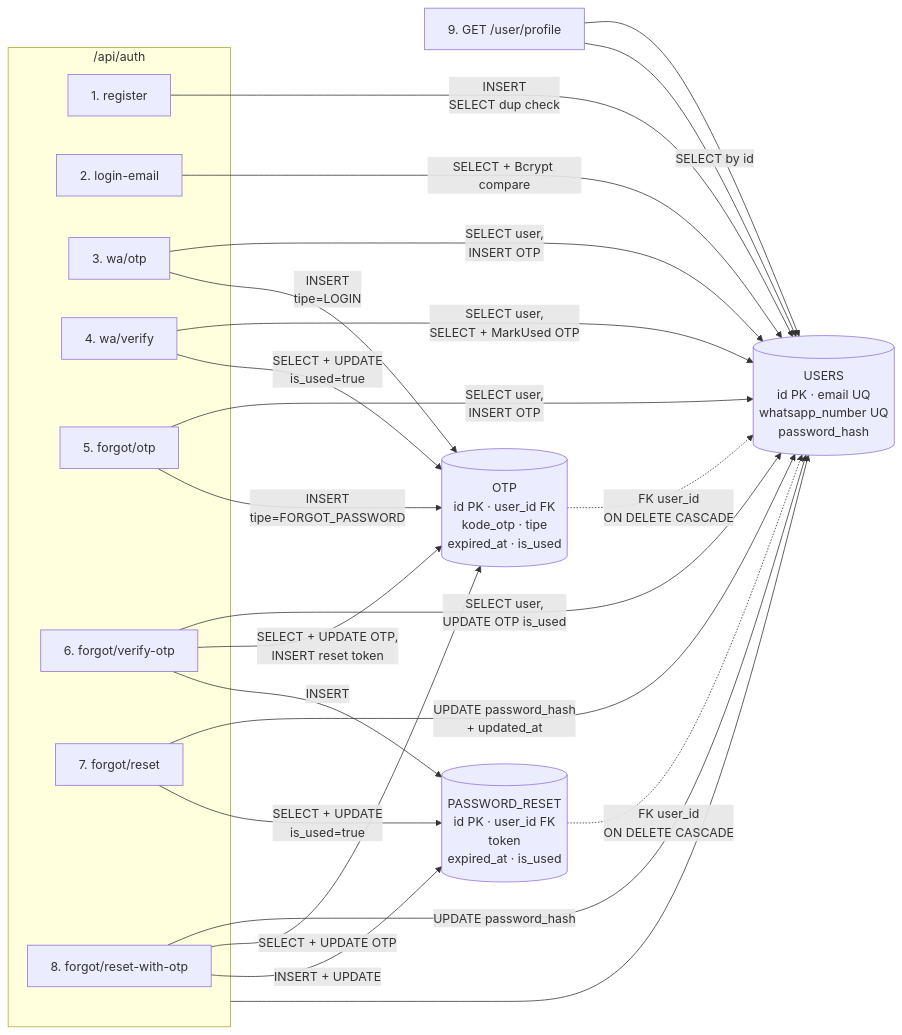
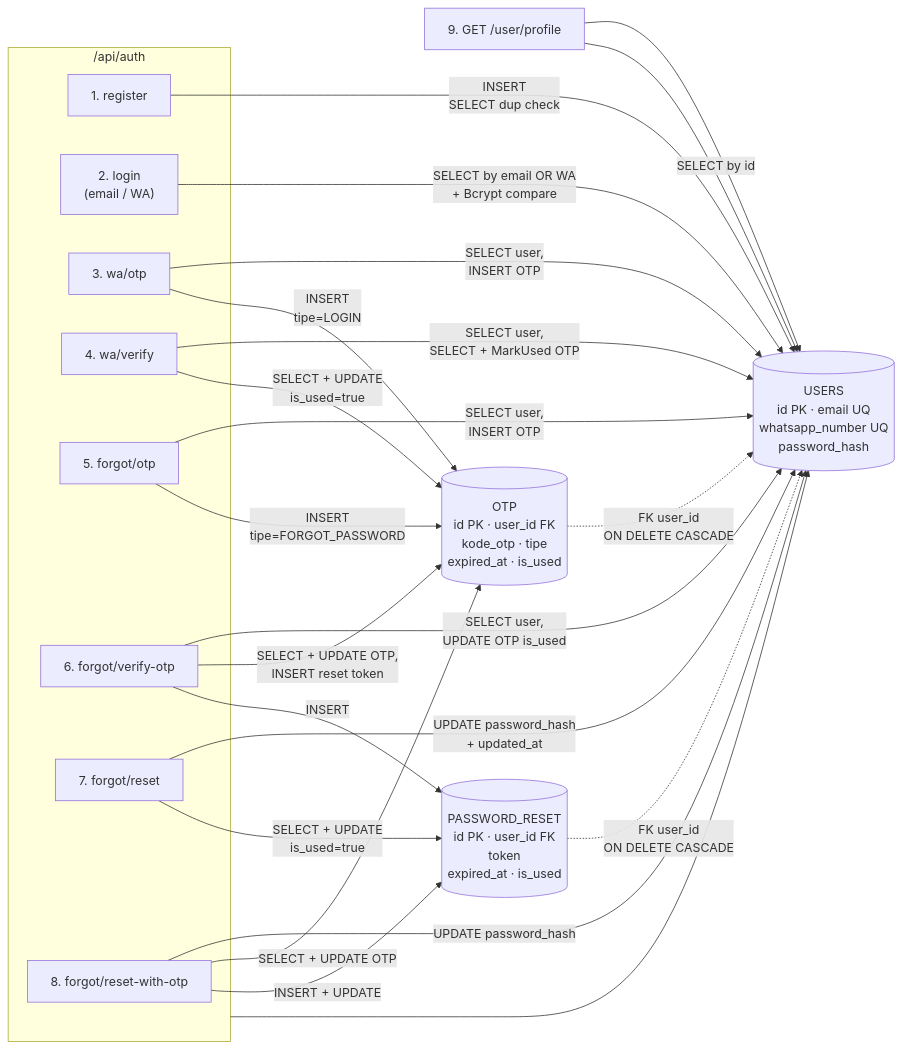
Diagram 11 of 11 in README.md (sandro-rahadian/STRATEGART-TUGAS-UKL-1), drawn with Mermaid before and after one commit. The commit also changed other lines of this file and 7 other files, not shown here.

First line of the commit message:
feat(auth): merge email and WhatsApp login into a single endpoint

````diff
--- a/README.md
+++ b/README.md
@@ -417,43 +417,43 @@
 ```mermaid
 %%{init: {"theme":"default"}}%%
 flowchart LR
     subgraph AUTH["/api/auth"]
         A1["1. register"]
-        A2["2. login-email"]
+        A2["2. login<br/>(email / WA)"]
         A3["3. wa/otp"]
         A4["4. wa/verify"]
         A5["5. forgot/otp"]
         A6["6. forgot/verify-otp"]
         A7["7. forgot/reset"]
         A8["8. forgot/reset-with-otp"]
     end
     A9["9. GET /user/profile"]
 
     AUTH --> U
     A9 --> U
 
     U[("USERS<br/>id PK · email UQ<br/>whatsapp_number UQ<br/>password_hash")]
     O[("OTP<br/>id PK · user_id FK<br/>kode_otp · tipe<br/>expired_at · is_used")]
     P[("PASSWORD_RESET<br/>id PK · user_id FK<br/>token<br/>expired_at · is_used")]
 
     A1 -->|"INSERT<br/>SELECT dup check"| U
-    A2 -->|"SELECT + Bcrypt compare"| U
+    A2 -->|"SELECT by email OR WA<br/>+ Bcrypt compare"| U
     A3 -->|"SELECT user,<br/>INSERT OTP"| U
     A3 -->|"INSERT<br/>tipe=LOGIN"| O
     A4 -->|"SELECT user,<br/>SELECT + MarkUsed OTP"| U
     A4 -->|"SELECT + UPDATE<br/>is_used=true"| O
     A5 -->|"SELECT user,<br/>INSERT OTP"| U
     A5 -->|"INSERT<br/>tipe=FORGOT_PASSWORD"| O
     A6 -->|"SELECT user,<br/>UPDATE OTP is_used"| U
     A6 -->|"SELECT + UPDATE OTP,<br/>INSERT reset token"| O
     A6 -->|"INSERT"| P
     A7 -->|"UPDATE password_hash<br/>+ updated_at"| U
     A7 -->|"SELECT + UPDATE<br/>is_used=true"| P
     A8 -->|"UPDATE password_hash"| U
     A8 -->|"SELECT + UPDATE OTP"| O
     A8 -->|"INSERT + UPDATE"| P
     A9 -->|"SELECT by id"| U
 
     O -.->|"FK user_id<br/>ON DELETE CASCADE"| U
     P -.->|"FK user_id<br/>ON DELETE CASCADE"| U
 ```
````
